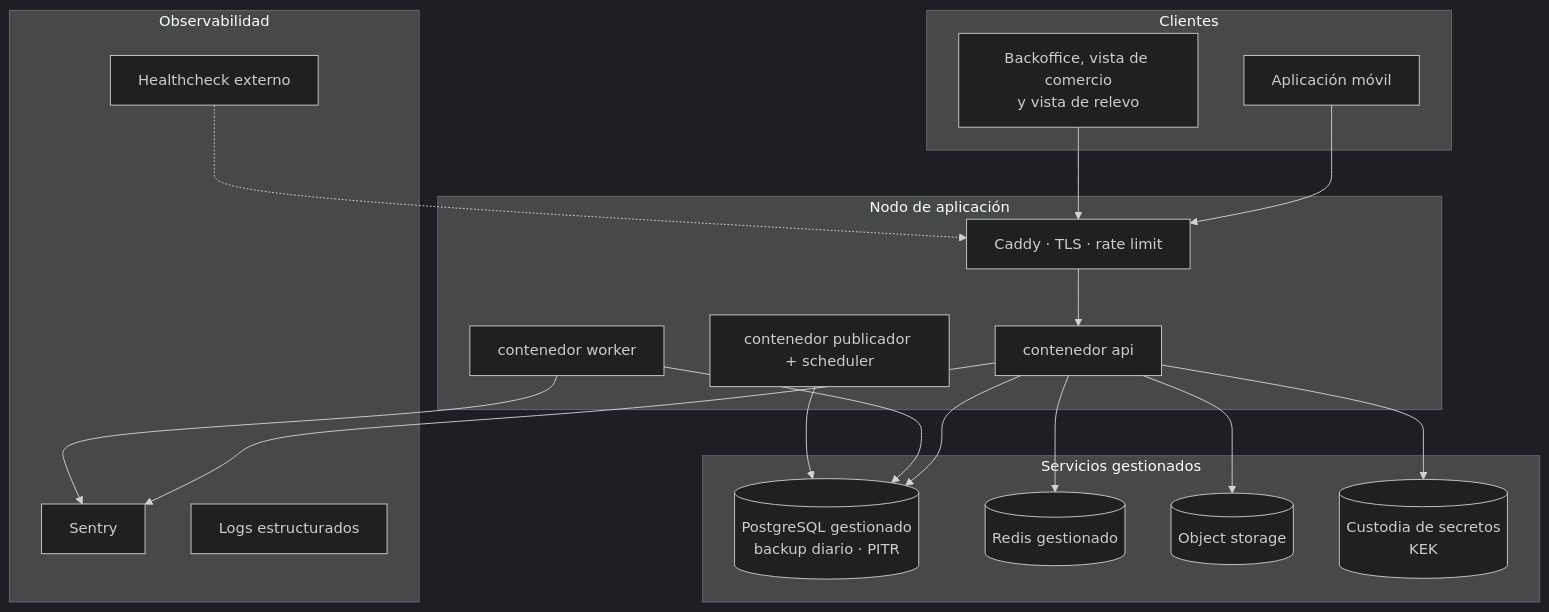
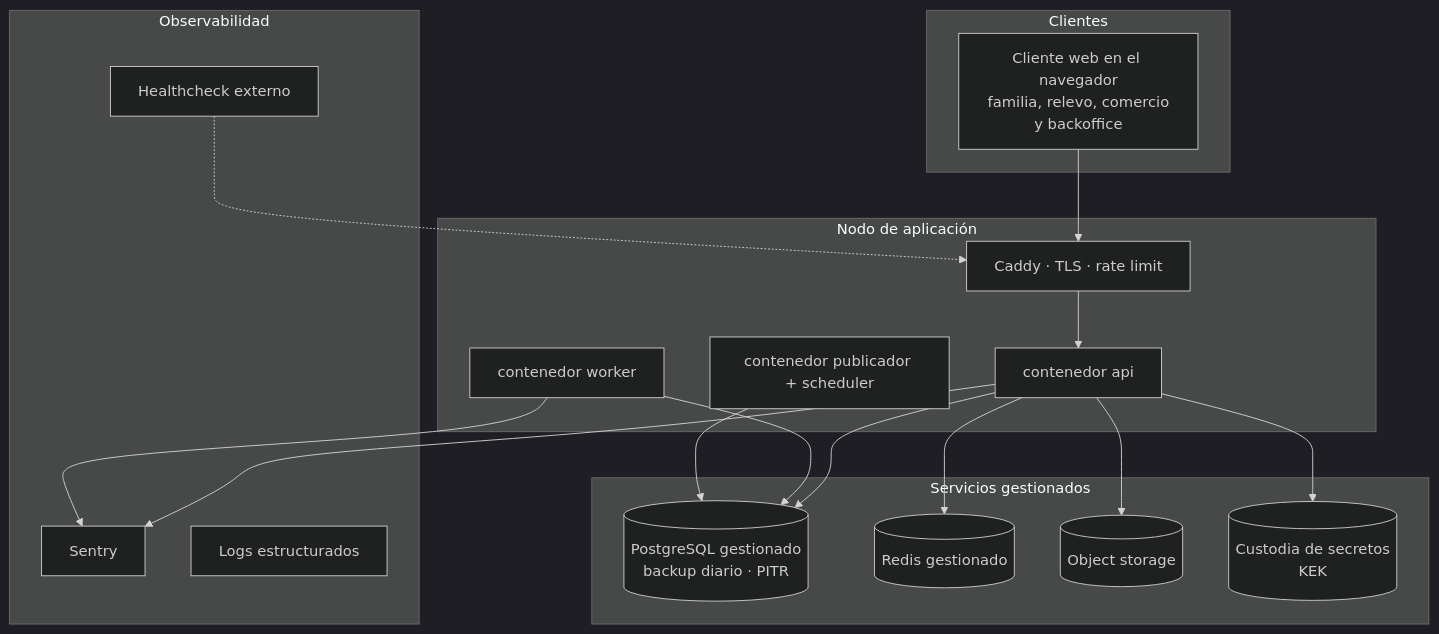
One commit to MartinHenriquez131/MATU changed diagram 11 of 11 in docs/arquitectura.md. Above: the diagram before and after it, drawn with Mermaid (dark theme). The commit also changed other lines of this file, not shown here.

First line of the commit message:
docs(arquitectura): la aplicación de la familia es web, mobile first, y el anexo 19.1 muestra los dos repositorios (ADR-026, MATU-43)

````diff
--- a/docs/arquitectura.md
+++ b/docs/arquitectura.md
@@ -1519,36 +1521,34 @@
 ```mermaid
 graph TB
     subgraph "Clientes"
-        MOB["Aplicación móvil"]
-        WEB["Backoffice, vista de comercio<br/>y vista de relevo"]
+        WEB["Cliente web en el navegador<br/>familia, relevo, comercio<br/>y backoffice"]
     end
     subgraph "Nodo de aplicación"
         CAD["Caddy · TLS · rate limit"]
         C1["contenedor api"]
         C2["contenedor worker"]
         C3["contenedor publicador + scheduler"]
     end
     subgraph "Servicios gestionados"
         PG[("PostgreSQL gestionado<br/>backup diario · PITR")]
         RDS[("Redis gestionado")]
         S3[("Object storage")]
         KMS[("Custodia de secretos<br/>KEK")]
     end
     subgraph "Observabilidad"
         SEN["Sentry"]
         LOG["Logs estructurados"]
         UP["Healthcheck externo"]
     end
-    MOB --> CAD
     WEB --> CAD
     CAD --> C1
     C1 --> PG
     C1 --> RDS
     C1 --> S3
     C1 --> KMS
     C2 --> PG
     C3 --> PG
     C1 --> SEN
     C2 --> SEN
     UP -.-> CAD
 ```
````
